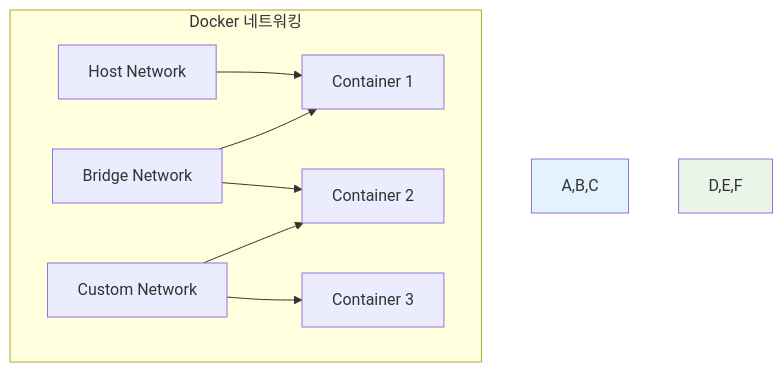
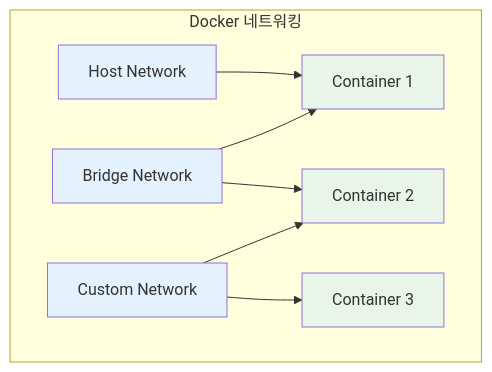
Before and after one commit to niceguy61/kdt_devops_lecture_2025: the third of 3 diagrams in theory/week_01/day2/session_2.md, drawn with Mermaid. The commit also changed other lines of this file and 1 other file, not shown here.

````diff
--- a/theory/week_01/day2/session_2.md
+++ b/theory/week_01/day2/session_2.md
@@ -96,13 +100,17 @@
 ```mermaid
 graph TB
     subgraph "Docker 네트워킹"
         A[Host Network] --> D[Container 1]
         B[Bridge Network] --> D
         B --> E[Container 2]
         C[Custom Network] --> E
         C --> F[Container 3]
     end
     
-    style A,B,C fill:#e3f2fd
-    style D,E,F fill:#e8f5e8
+    style A fill:#e3f2fd
+    style B fill:#e3f2fd
+    style C fill:#e3f2fd
+    style D fill:#e8f5e8
+    style E fill:#e8f5e8
+    style F fill:#e8f5e8
 ```
````
